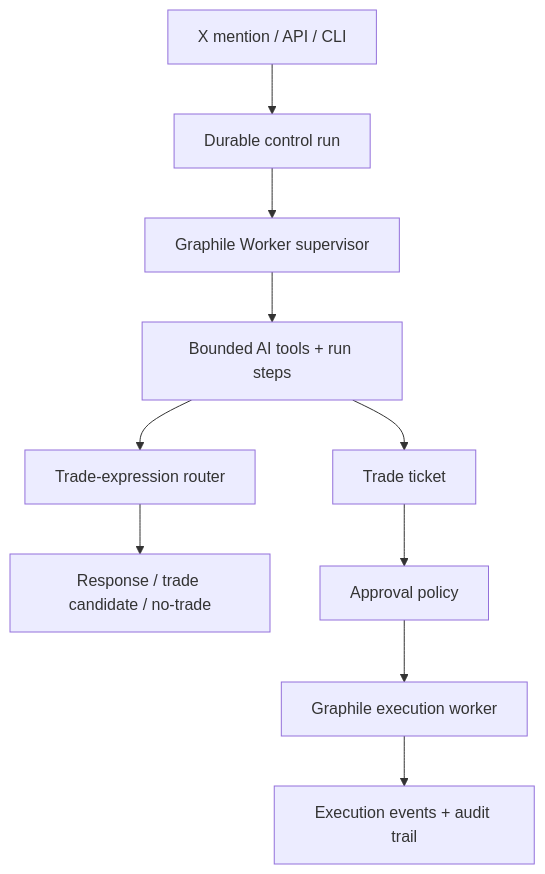
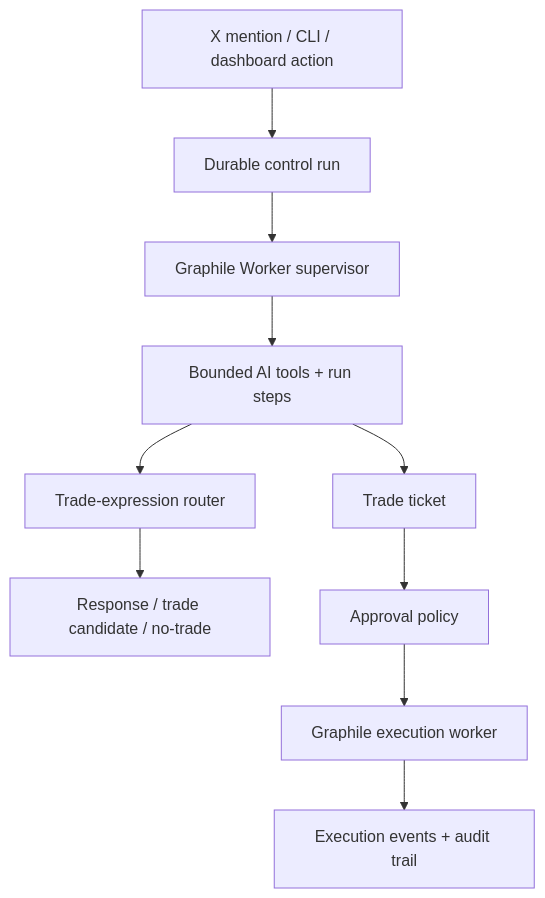
The diagram in README.md (CyberVerse2/cassie), drawn with Mermaid before and after one commit. The commit also changed other lines of this file and 1 other file, not shown here.

Commit message:
Remove API-shaped product assumptions

````diff
--- a/README.md
+++ b/README.md
@@ -9,12 +9,12 @@
 ```mermaid
 flowchart TD
-  User["X mention / API / CLI"] --> Intake["Durable control run"]
+  User["X mention / CLI / dashboard action"] --> Intake["Durable control run"]
   Intake --> Supervisor["Graphile Worker supervisor"]
   Supervisor --> Tools["Bounded AI tools + run steps"]
   Tools --> Router["Trade-expression router"]
   Tools --> Ticket["Trade ticket"]
   Router --> Response["Response / trade candidate / no-trade"]
   Ticket --> Approval["Approval policy"]
   Approval --> Execution["Graphile execution worker"]
   Execution --> Audit["Execution events + audit trail"]
 ```
````
